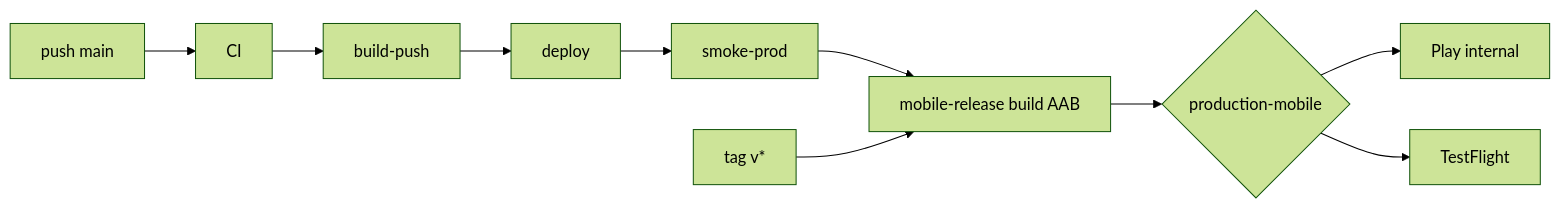
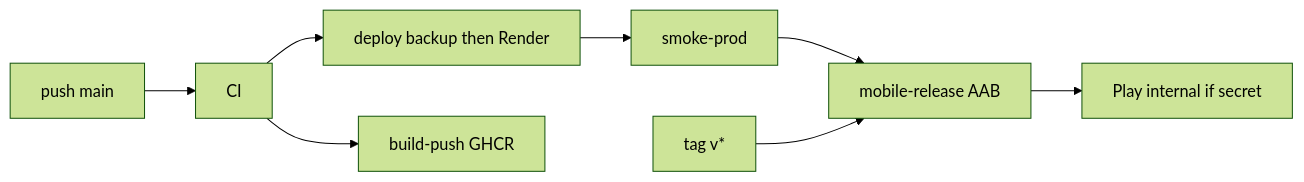
Before and after one commit to clskas/mova: the diagram in docs/cicd.md, drawn with Mermaid (forest theme). The commit also changed other lines of this file and 94 other files, not shown here.

````diff
--- a/docs/cicd.md
+++ b/docs/cicd.md
@@ -57,12 +57,10 @@
 ```mermaid
 flowchart LR
   A[push main] --> B[CI]
-  B --> C[build-push]
-  C --> D[deploy]
+  B --> D[deploy backup then Render]
+  B --> C[build-push GHCR]
   D --> E[smoke-prod]
-  E --> F[mobile-release build AAB]
+  E --> F[mobile-release AAB]
+  F --> I[Play internal if secret]
   G[tag v*] --> F
-  F --> H{production-mobile}
-  H --> I[Play internal]
-  H --> J[TestFlight]
 ```
````
